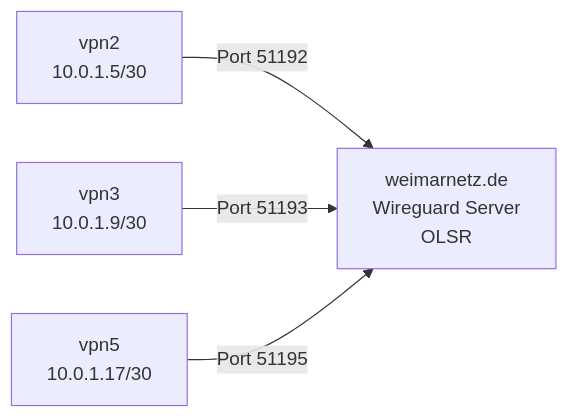
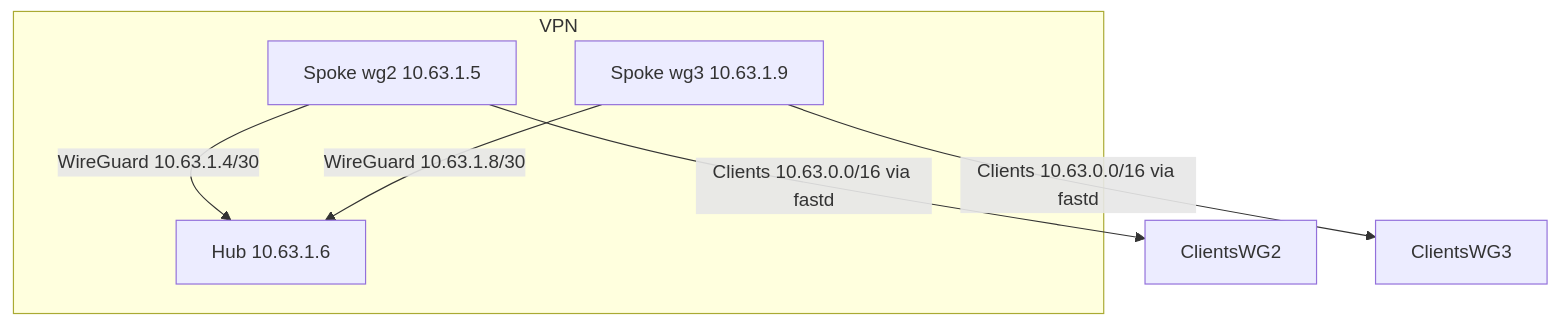
One commit to weimarnetz/vpnconfig changed the diagram in concept_and_setup_server_with_wireguard.md. Above: the diagram before and after it, drawn with Mermaid. The commit also changed other lines of this file, not shown here.

Commit message:
update wireguard config docs

````diff
--- a/concept_and_setup_server_with_wireguard.md
+++ b/concept_and_setup_server_with_wireguard.md
@@ -16,10 +9,14 @@
 ```mermaid
-flowchart LR
-WG0[weimarnetz.de<br> Wireguard Server<br> OLSR]
-WG2[vpn2<br> 10.0.1.5/30]
-WG3[vpn3<br> 10.0.1.9/30]
-WG5[vpn5<br> 10.0.1.17/30]
-WG2-- Port 51192 -->WG0
-WG3-- Port 51193 -->WG0
-WG5-- Port 51195 -->WG0
+graph TD
+  subgraph VPN
+    Hub[Hub 10.63.1.6]
+    WG2[Spoke wg2 10.63.1.5]
+    WG3[Spoke wg3 10.63.1.9]
+  end
+
+  WG2 -->|WireGuard 10.63.1.4/30| Hub
+  WG3 -->|WireGuard 10.63.1.8/30| Hub
+
+  WG2 -->|Clients 10.63.0.0/16 via fastd| ClientsWG2
+  WG3 -->|Clients 10.63.0.0/16 via fastd| ClientsWG3
 ```
````
